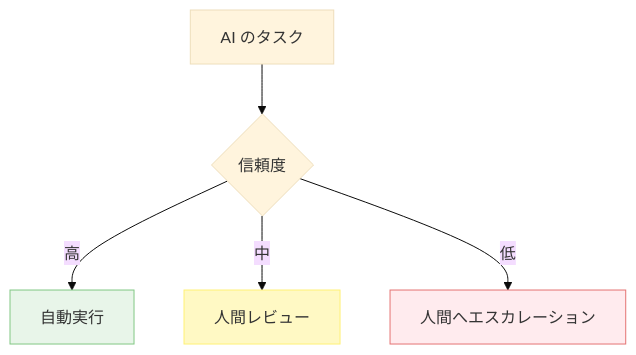
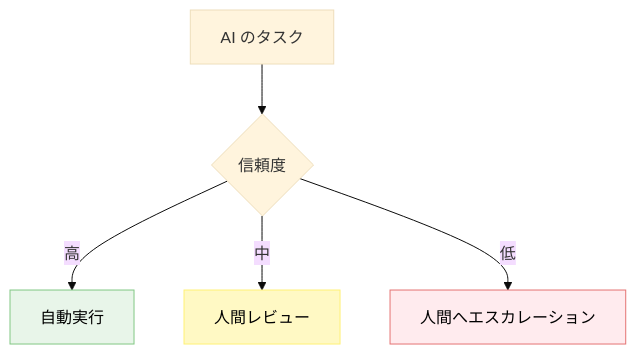
Before and after one commit to dinekt/dinekt-wiki: the third of 3 diagrams in docs/concepts/ai-エージェントと人間の責任分界.md, drawn with Mermaid (base theme). The commit also changed other lines of this file and 71 other files, not shown here.

First line of the commit message:
fix: mermaid readability + remove GitHub repo toolbar

````diff
--- a/docs/concepts/ai-エージェントと人間の責任分界.md
+++ b/docs/concepts/ai-エージェントと人間の責任分界.md
@@ -98,11 +98,11 @@
 ```mermaid
 flowchart TD
     T[AI のタスク] --> C{信頼度}
     C -->|高| A[自動実行]
     C -->|中| R[人間レビュー]
     C -->|低| E[人間へエスカレーション]
 
-    style A fill:#e8f5e9,stroke:#81c784
-    style R fill:#fff9c4,stroke:#fff176
-    style E fill:#ffebee,stroke:#e57373
+    style A fill:#e8f5e9,stroke:#81c784,color:#000
+    style R fill:#fff9c4,stroke:#fff176,color:#000
+    style E fill:#ffebee,stroke:#e57373,color:#000
 ```
````
